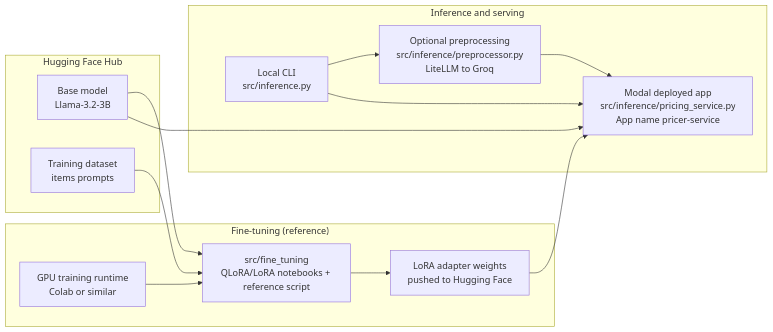
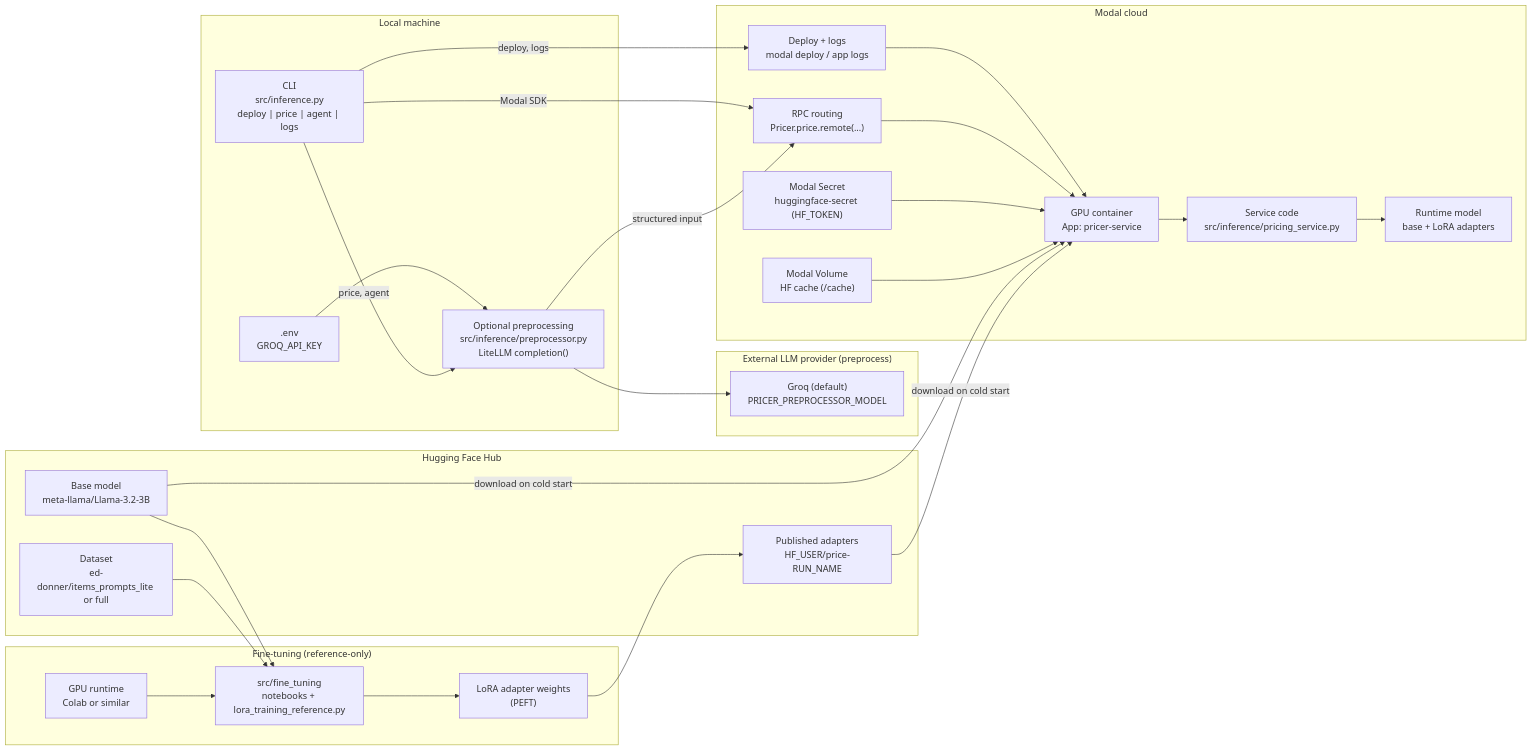
The diagram in README.md (aditya-caltechie/ai-fine-tuning), drawn with Mermaid before and after one commit.

````diff
--- a/README.md
+++ b/README.md
@@ -8,29 +8,69 @@
 ```mermaid
 flowchart LR
-  subgraph Train["Fine-tuning (reference)"]
-    TGPU["GPU training runtime<br/>Colab or similar"]
-    TCODE["src/fine_tuning<br/>QLoRA/LoRA notebooks + reference script"]
+  %% ---------------------------
+  %% Training (reference-only)
+  %% ---------------------------
+  subgraph Train["Fine-tuning (reference-only)"]
+    TCODE["src/fine_tuning<br/>notebooks + lora_training_reference.py"]
+    TGPU["GPU runtime<br/>Colab or similar"]
     TGPU --> TCODE
-    TCODE --> ADAPT["LoRA adapter weights<br/>pushed to Hugging Face"]
+    TCODE --> ADAPT["LoRA adapter weights<br/>(PEFT)"]
   end
 
+  %% ---------------------------
+  %% Hugging Face (model + data)
+  %% ---------------------------
   subgraph HF["Hugging Face Hub"]
-    BASE["Base model<br/>Llama-3.2-3B"]
-    ADAPT
-    DATA["Training dataset<br/>items prompts"]
+    BASE["Base model<br/>meta-llama/Llama-3.2-3B"]
+    DATA["Dataset<br/>ed-donner/items_prompts_lite or full"]
+    ADAPT_HUB["Published adapters<br/>HF_USER/price-RUN_NAME"]
   end
 
-  subgraph Infer["Inference and serving"]
-    CLI["Local CLI<br/>src/inference.py"]
-    PRE["Optional preprocessing<br/>src/inference/preprocessor.py<br/>LiteLLM to Groq"]
-    MODAL["Modal deployed app<br/>src/inference/pricing_service.py<br/>App name pricer-service"]
-    CLI --> PRE
-    CLI --> MODAL
-    PRE --> MODAL
+  %% ---------------------------
+  %% Inference + serving
+  %% ---------------------------
+  subgraph Local["Local machine"]
+    CLI["CLI<br/>src/inference.py<br/>deploy | price | agent | logs"]
+    PRE["Optional preprocessing<br/>src/inference/preprocessor.py<br/>LiteLLM completion()"]
+    ENV_GROQ[".env<br/>GROQ_API_KEY"]
+    ENV_GROQ --> PRE
   end
 
+  subgraph LLM["External LLM provider (preprocess)"]
+    GROQ["Groq (default)<br/>PRICER_PREPROCESSOR_MODEL"]
+  end
+
+  subgraph Modal["Modal cloud"]
+    DEPLOY["Deploy + logs<br/>modal deploy / app logs"]
+    RPC["RPC routing<br/>Pricer.price.remote(...)"]
+    CONTAINER["GPU container<br/>App: pricer-service"]
+    SECRET["Modal Secret<br/>huggingface-secret (HF_TOKEN)"]
+    CACHE["Modal Volume<br/>HF cache (/cache)"]
+    SERVICE["Service code<br/>src/inference/pricing_service.py"]
+    MODEL["Runtime model<br/>base + LoRA adapters"]
+
+    DEPLOY --> CONTAINER
+    RPC --> CONTAINER
+    SECRET --> CONTAINER
+    CACHE --> CONTAINER
+    CONTAINER --> SERVICE
+    SERVICE --> MODEL
+  end
+
+  %% ---------------------------
+  %% Relationships (data/control)
+  %% ---------------------------
+  BASE --> TCODE
   DATA --> TCODE
-  BASE --> TCODE
-  BASE --> MODAL
-  ADAPT --> MODAL
+  ADAPT --> ADAPT_HUB
+
+  CLI -->|"deploy, logs"| DEPLOY
+  CLI -->|"price, agent"| PRE
+  PRE --> GROQ
+
+  CLI -->|"Modal SDK"| RPC
+  PRE -->|"structured input"| RPC
+
+  BASE -->|"download on cold start"| CONTAINER
+  ADAPT_HUB -->|"download on cold start"| CONTAINER
 ```
````
